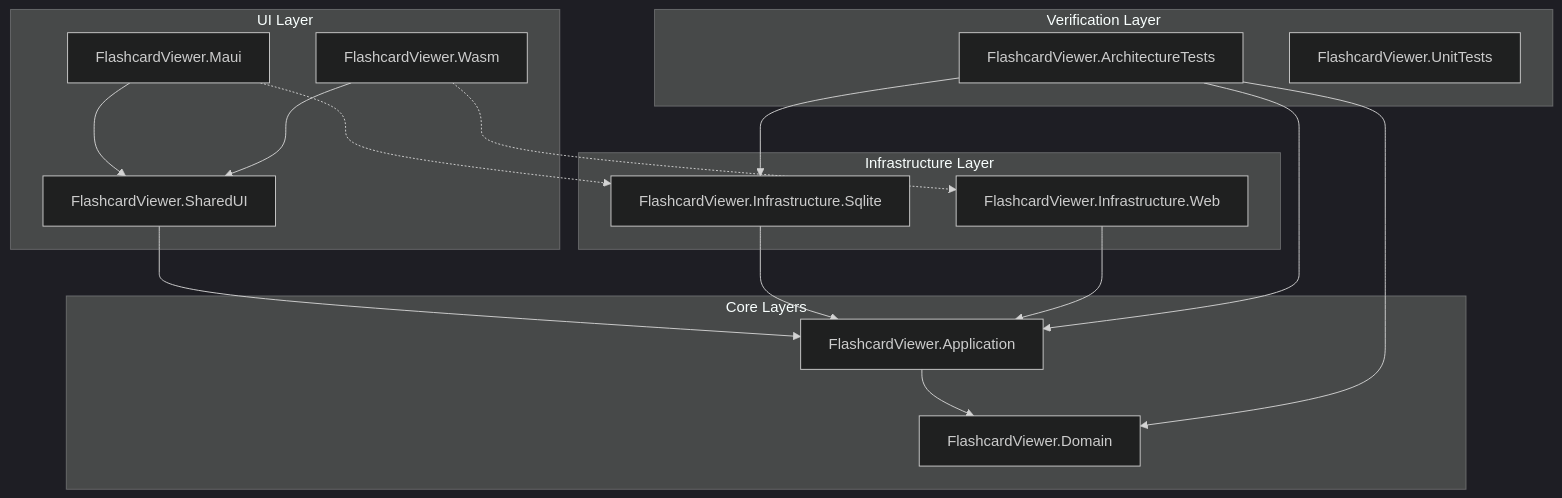
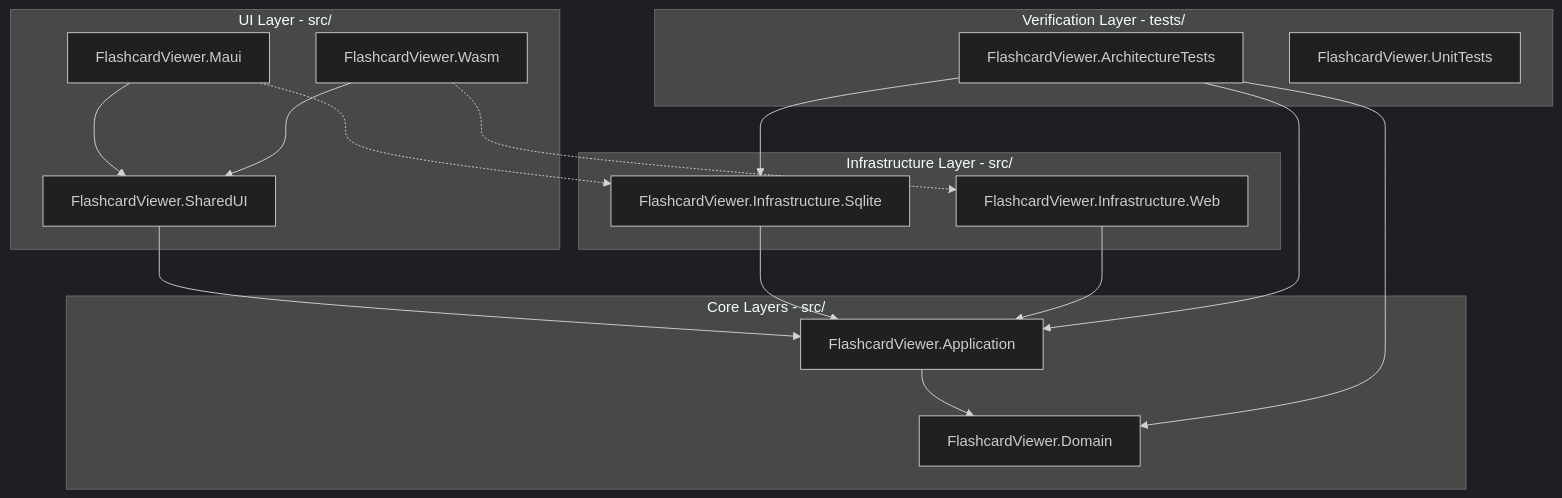
One commit to Enprogames/Maui-Flashcard-Viewer changed the diagram in docs/plans/T-200-ARCH-Clean-Architecture-Blazor-Hybrid-Plan.md. Above: the diagram before and after it, drawn with Mermaid (dark theme). The commit also changed other lines of this file, not shown here.

````diff
--- a/docs/plans/T-200-ARCH-Clean-Architecture-Blazor-Hybrid-Plan.md
+++ b/docs/plans/T-200-ARCH-Clean-Architecture-Blazor-Hybrid-Plan.md
@@ -35,44 +35,44 @@
 ```mermaid
 graph TD
     %% UI Layer
-    subgraph UI_Layer [UI Layer]
+    subgraph UI_Layer [UI Layer - src/]
         MAUI[FlashcardViewer.Maui]
         WASM[FlashcardViewer.Wasm]
         RCL[FlashcardViewer.SharedUI]
     end
 
     %% Infrastructure Layer
-    subgraph Infrastructure_Layer [Infrastructure Layer]
+    subgraph Infrastructure_Layer [Infrastructure Layer - src/]
         INFRA_DB[FlashcardViewer.Infrastructure.Sqlite]
         INFRA_WEB[FlashcardViewer.Infrastructure.Web]
     end
 
     %% Core Layers
-    subgraph Core_Layers [Core Layers]
+    subgraph Core_Layers [Core Layers - src/]
         APP[FlashcardViewer.Application]
         DOMAIN[FlashcardViewer.Domain]
     end
 
     %% Test Layer
-    subgraph Test_Layer [Verification Layer]
+    subgraph Test_Layer [Verification Layer - tests/]
         ARCH_TESTS[FlashcardViewer.ArchitectureTests]
         UNIT_TESTS[FlashcardViewer.UnitTests]
     end
 
     %% Dependencies
     MAUI --> RCL
     WASM --> RCL
     RCL --> APP
     
     MAUI -.-> INFRA_DB
     WASM -.-> INFRA_WEB
     
     INFRA_DB --> APP
     INFRA_WEB --> APP
     
     APP --> DOMAIN
     
     ARCH_TESTS --> APP
     ARCH_TESTS --> DOMAIN
     ARCH_TESTS --> INFRA_DB
 ```
````
